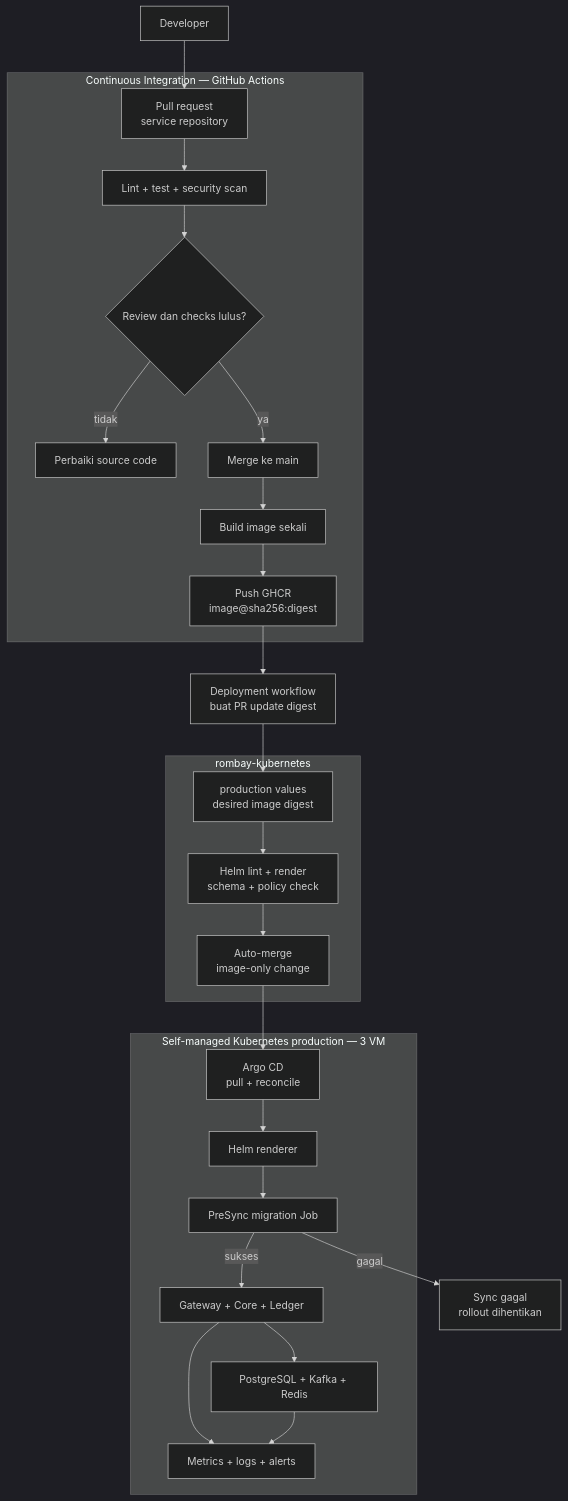
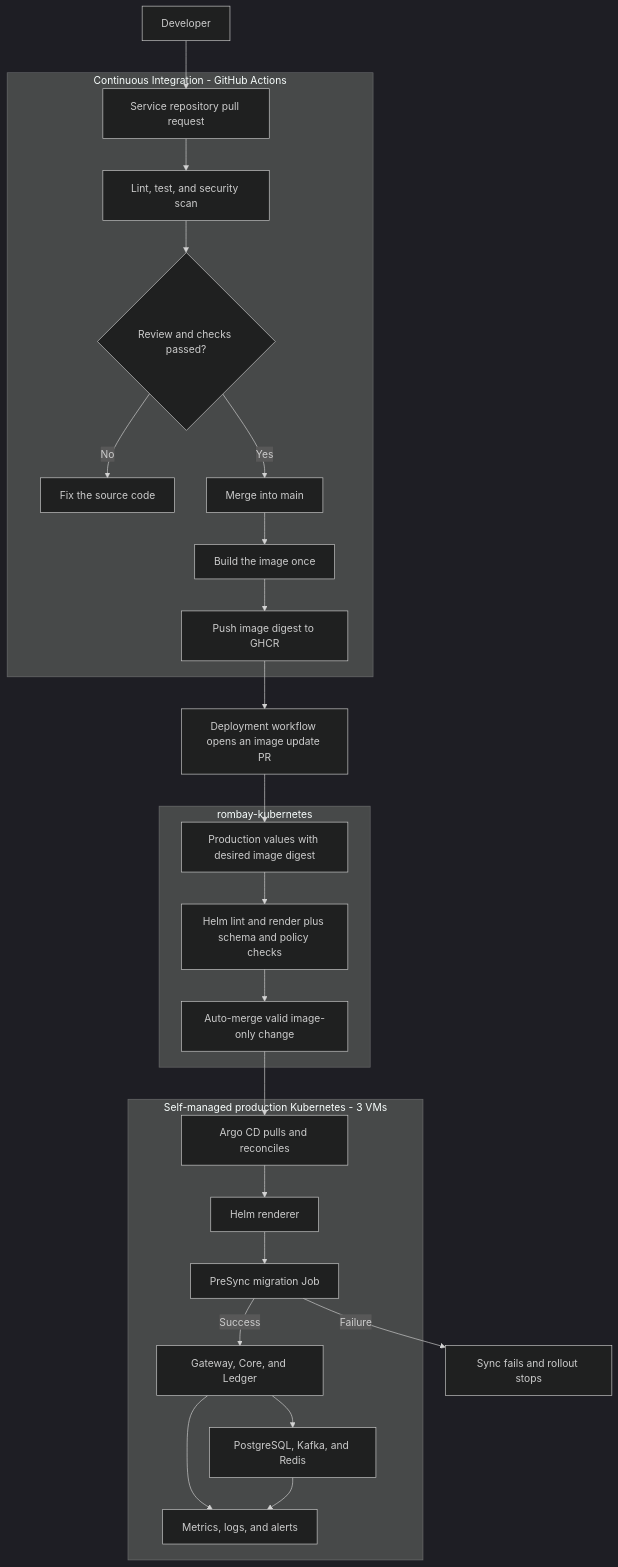
Before and after one commit to rombay-tbk/rombay: the first of 5 diagrams in docs/pipeline-architecture.md, drawn with Mermaid (dark theme). The commit also changed other lines of this file and 1 other file, not shown here.

Commit message:
docs: translate pipeline architecture to English

````diff
--- a/docs/pipeline-architecture.md
+++ b/docs/pipeline-architecture.md
@@ -20,42 +20,42 @@
 ```mermaid
-flowchart TB
-  DEV["Developer"] --> PR["Pull request<br/>service repository"]
+graph TD
+  n1["Developer"] --> n2["Service repository pull request"]
 
-  subgraph CI["Continuous Integration — GitHub Actions"]
-    PR --> CHECK["Lint + test + security scan"]
-    CHECK --> REVIEW{"Review dan checks lulus?"}
-    REVIEW -- tidak --> FIX["Perbaiki source code"]
-    REVIEW -- ya --> MERGE["Merge ke main"]
-    MERGE --> BUILD["Build image sekali"]
-    BUILD --> REG["Push GHCR<br/>image@sha256:digest"]
+  subgraph ci["Continuous Integration - GitHub Actions"]
+    n2 --> n3["Lint, test, and security scan"]
+    n3 --> n4{"Review and checks passed?"}
+    n4 -- No --> n5["Fix the source code"]
+    n4 -- Yes --> n6["Merge into main"]
+    n6 --> n7["Build the image once"]
+    n7 --> n8["Push image digest to GHCR"]
   end
 
-  REG --> BOT["Deployment workflow<br/>buat PR update digest"]
+  n8 --> n9["Deployment workflow opens an image update PR"]
 
-  subgraph GITOPS["rombay-kubernetes"]
-    VALUES["production values<br/>desired image digest"]
-    VALIDATE["Helm lint + render<br/>schema + policy check"]
-    AUTMERGE["Auto-merge<br/>image-only change"]
-    VALUES --> VALIDATE --> AUTMERGE
+  subgraph gitops["rombay-kubernetes"]
+    n10["Production values with desired image digest"]
+    n11["Helm lint and render plus schema and policy checks"]
+    n12["Auto-merge valid image-only change"]
+    n10 --> n11 --> n12
   end
 
-  BOT --> VALUES
-  AUTMERGE --> ARGO
+  n9 --> n10
+  n12 --> n13
 
-  subgraph K8S["Self-managed Kubernetes production — 3 VM"]
-    ARGO["Argo CD<br/>pull + reconcile"]
-    HELM["Helm renderer"]
-    MIGRATION["PreSync migration Job"]
-    APP["Gateway + Core + Ledger"]
-    DATA["PostgreSQL + Kafka + Redis"]
-    OBS["Metrics + logs + alerts"]
+  subgraph k8s["Self-managed production Kubernetes - 3 VMs"]
+    n13["Argo CD pulls and reconciles"]
+    n14["Helm renderer"]
+    n15["PreSync migration Job"]
+    n16["Gateway, Core, and Ledger"]
+    n17["PostgreSQL, Kafka, and Redis"]
+    n18["Metrics, logs, and alerts"]
 
-    ARGO --> HELM --> MIGRATION
-    MIGRATION -->|sukses| APP
-    APP --> DATA
-    APP --> OBS
-    DATA --> OBS
+    n13 --> n14 --> n15
+    n15 -->|Success| n16
+    n16 --> n17
+    n16 --> n18
+    n17 --> n18
   end
 
-  MIGRATION -->|gagal| FAILED["Sync gagal<br/>rollout dihentikan"]
+  n15 -->|Failure| n19["Sync fails and rollout stops"]
 ```
````
